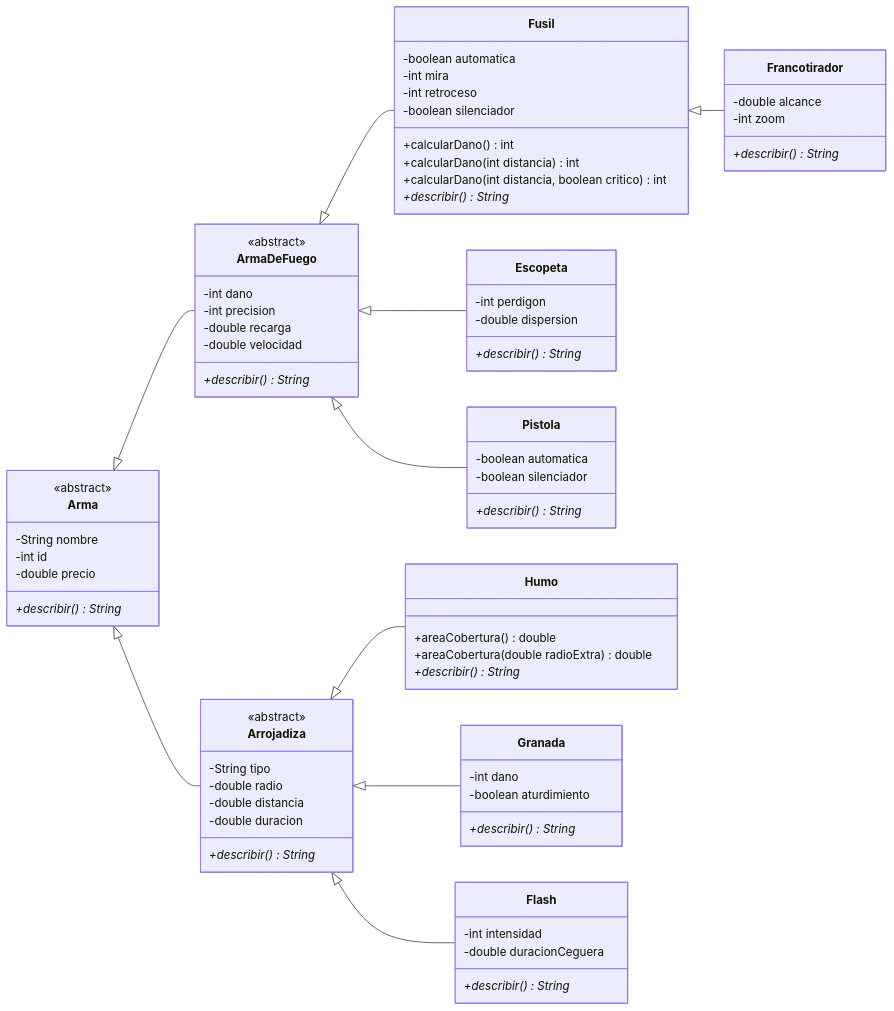
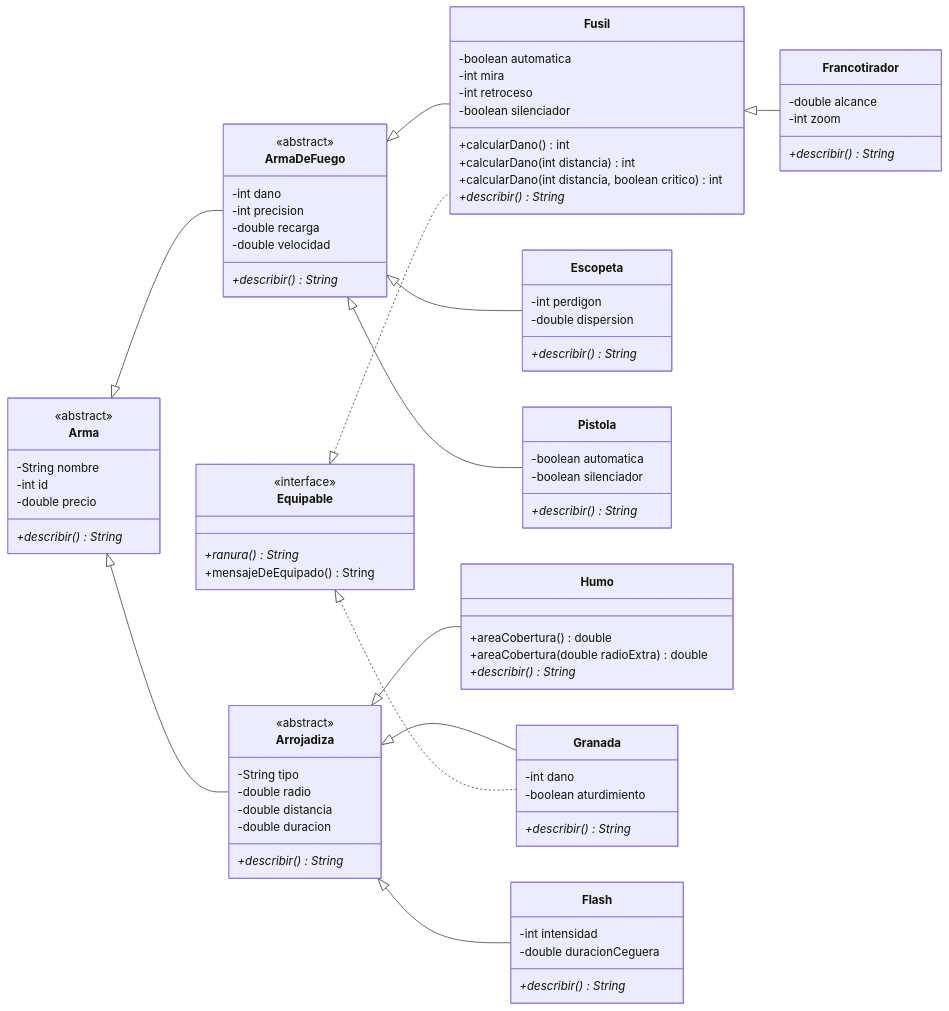
Before and after one commit to MauricioPecci/MPecci-tplp3-2026: the first of 2 diagrams in README.md, drawn with Mermaid. The commit also changed other lines of this file and 8 other files, not shown here.

````diff
--- a/README.md
+++ b/README.md
@@ -93,6 +112,11 @@
 ```mermaid
 classDiagram
     direction LR
+    class Equipable {
+        <<interface>>
+        +ranura()* String
+        +mensajeDeEquipado() String
+    }
     class Arma {
         <<abstract>>
         -String nombre
@@ -165,4 +189,6 @@
     Arrojadiza <|-- Humo
     Arrojadiza <|-- Granada
     Arrojadiza <|-- Flash
+    Equipable <|.. Fusil
+    Equipable <|.. Granada
 ```
````
